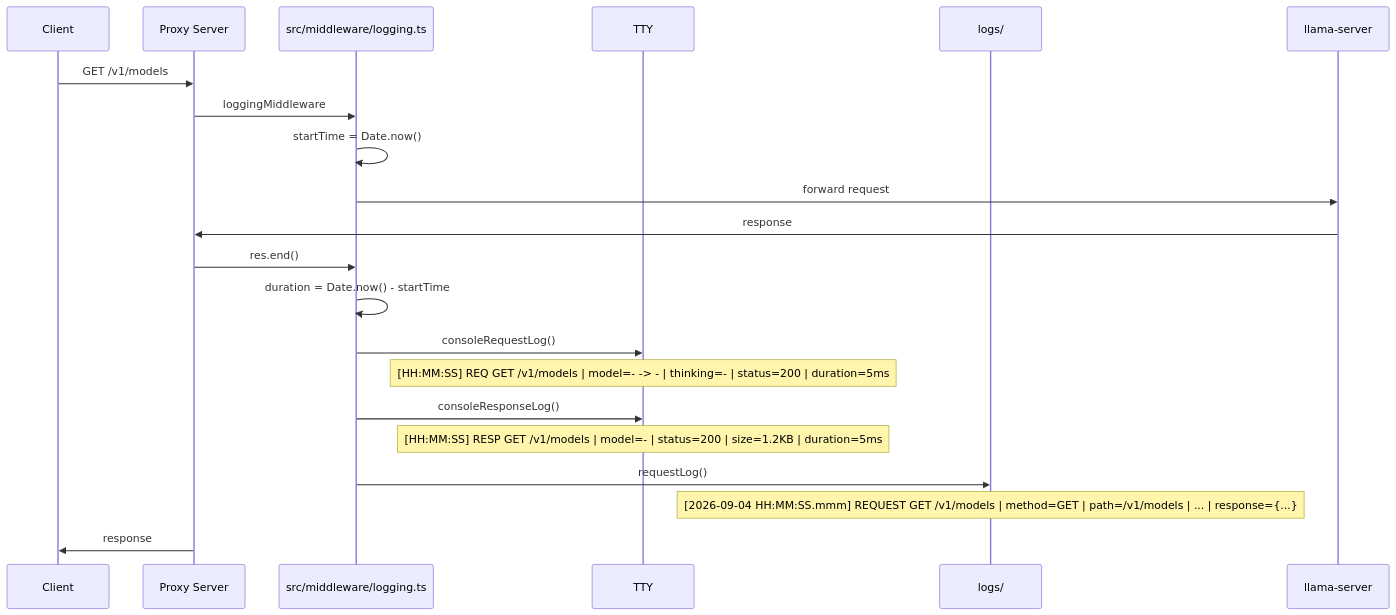
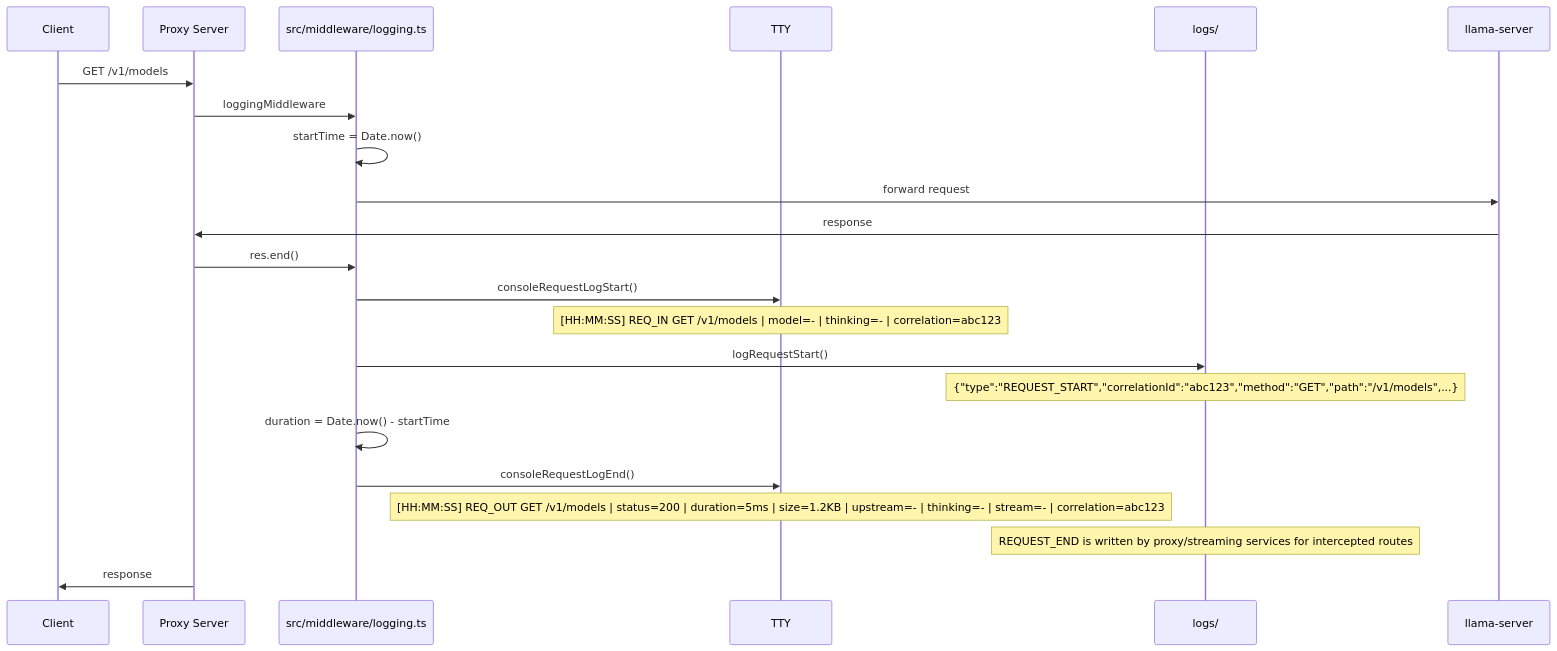
One commit to martindebrunne/llamacpp-proxy changed the second of 4 diagrams in docs/features/logging/flows.md. Above: the diagram before and after it, drawn with Mermaid. The commit also changed other lines of this file and 40 other files, not shown here.

Commit message:
refactor(logging): reimplement file logging for intercepted routes, consolidate two-phase logs (REQ_IN/REQ_OUT) and sync project documentation

````diff
--- a/docs/features/logging/flows.md
+++ b/docs/features/logging/flows.md
@@ -27,28 +27,30 @@
 ```mermaid
 sequenceDiagram
     participant Client as Client
     participant Proxy as Proxy Server
     participant Middleware as src/middleware/logging.ts
     participant Console as TTY
     participant File as logs/
     participant Upstream as llama-server
 
     Client->>Proxy: GET /v1/models
     Proxy->>Middleware: loggingMiddleware
     Middleware->>Middleware: startTime = Date.now()
     Middleware->>Upstream: forward request
     Upstream->>Proxy: response
     Proxy->>Middleware: res.end()
     
+    Middleware->>Console: consoleRequestLogStart()
+    Note over Console: [HH:MM:SS] REQ_IN GET   /v1/models | model=- | thinking=- | correlation=abc123
+    
+    Middleware->>File: logRequestStart()
+    Note over File: {"type":"REQUEST_START","correlationId":"abc123","method":"GET","path":"/v1/models",...}
+    
     Middleware->>Middleware: duration = Date.now() - startTime
-    Middleware->>Console: consoleRequestLog()
-    Note over Console: [HH:MM:SS] REQ GET /v1/models | model=- -> - | thinking=- | status=200 | duration=5ms
+    Middleware->>Console: consoleRequestLogEnd()
+    Note over Console: [HH:MM:SS] REQ_OUT GET   /v1/models | status=200 | duration=5ms | size=1.2KB | upstream=- | thinking=- | stream=- | correlation=abc123
     
-    Middleware->>Console: consoleResponseLog()
-    Note over Console: [HH:MM:SS] RESP GET /v1/models | model=- | status=200 | size=1.2KB | duration=5ms
-    
-    Middleware->>File: requestLog()
-    Note over File: [2026-09-04 HH:MM:SS.mmm] REQUEST GET /v1/models | method=GET | path=/v1/models | ... | response={...}
+    Note over File: REQUEST_END is written by proxy/streaming services for intercepted routes
     
     Proxy->>Client: response
 ```
````
